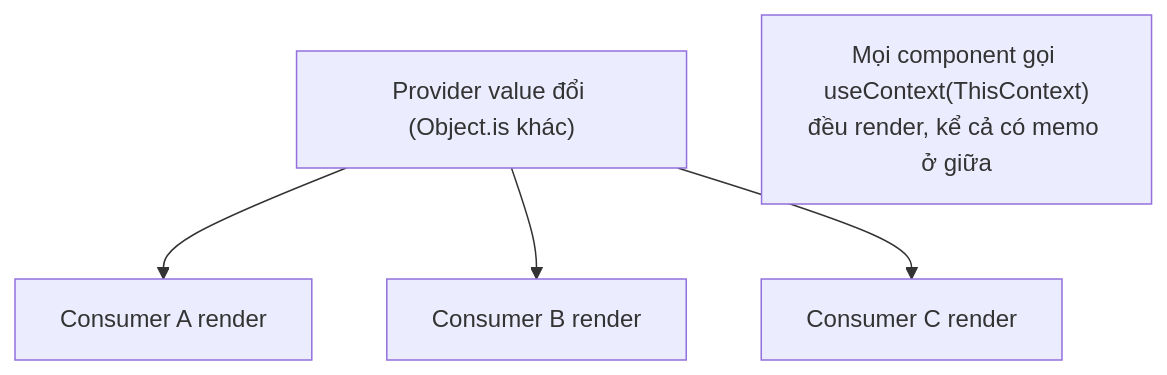
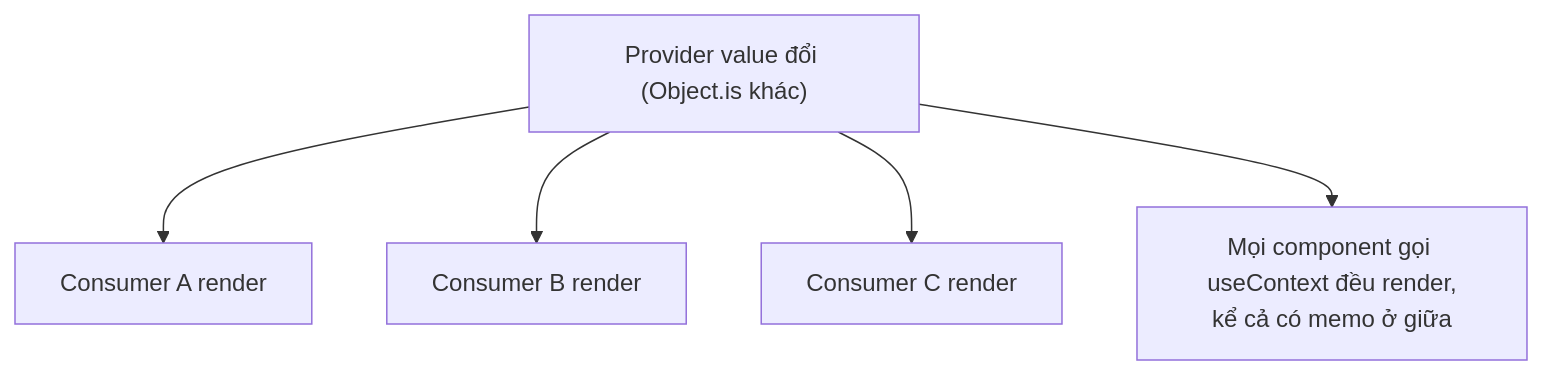
The first of 2 diagrams in content/docs/toi-uu-rerender/context-optimization.md (vanhiep99w/react-learn), drawn with Mermaid before and after one commit. The commit also changed other lines of this file and 16 other files, not shown here.

````diff
--- a/content/docs/toi-uu-rerender/context-optimization.md
+++ b/content/docs/toi-uu-rerender/context-optimization.md
@@ -32,7 +34,7 @@
 ```mermaid
 graph TD
     P["Provider value đổi (Object.is khác)"] --> C1["Consumer A render"]
     P --> C2["Consumer B render"]
     P --> C3["Consumer C render"]
-    note["Mọi component gọi useContext(ThisContext)<br/>đều render, kể cả có memo ở giữa"]
+    P --> N["Mọi component gọi useContext đều render,<br/>kể cả có memo ở giữa"]
 ```
````
